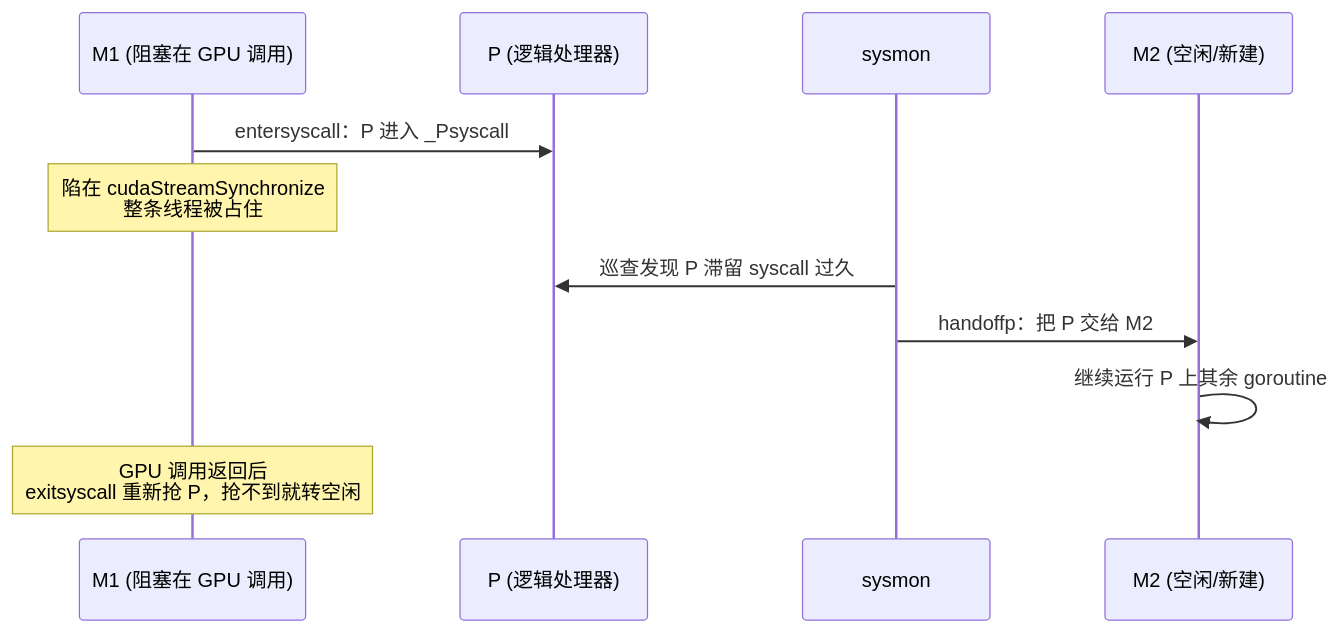
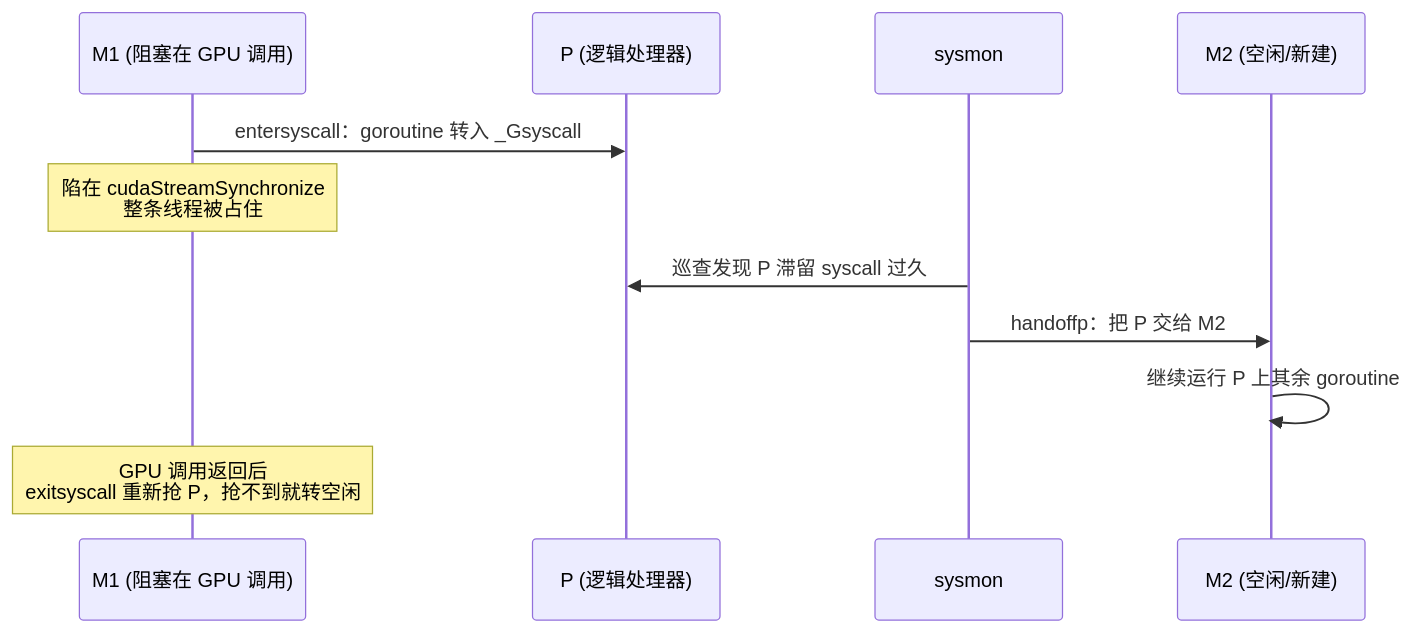
Before and after one commit to golang-design/under-the-hood: the diagram in book/zh-cn/part6hetero/ch18gpu/sched.md, drawn with Mermaid. The commit also changed other lines of this file and 4 other files, not shown here.

````diff
--- a/book/zh-cn/part6hetero/ch18gpu/sched.md
+++ b/book/zh-cn/part6hetero/ch18gpu/sched.md
@@ -53,13 +58,13 @@
 ```mermaid
 sequenceDiagram
     participant M1 as M1 (阻塞在 GPU 调用)
     participant P as P (逻辑处理器)
     participant SM as sysmon
     participant M2 as M2 (空闲/新建)
-    M1->>P: entersyscall：P 进入 _Psyscall
+    M1->>P: entersyscall：goroutine 转入 _Gsyscall
     Note over M1: 陷在 cudaStreamSynchronize<br/>整条线程被占住
     SM->>P: 巡查发现 P 滞留 syscall 过久
     SM->>M2: handoffp：把 P 交给 M2
     M2->>M2: 继续运行 P 上其余 goroutine
     Note over M1: GPU 调用返回后<br/>exitsyscall 重新抢 P，抢不到就转空闲
 ```
````
